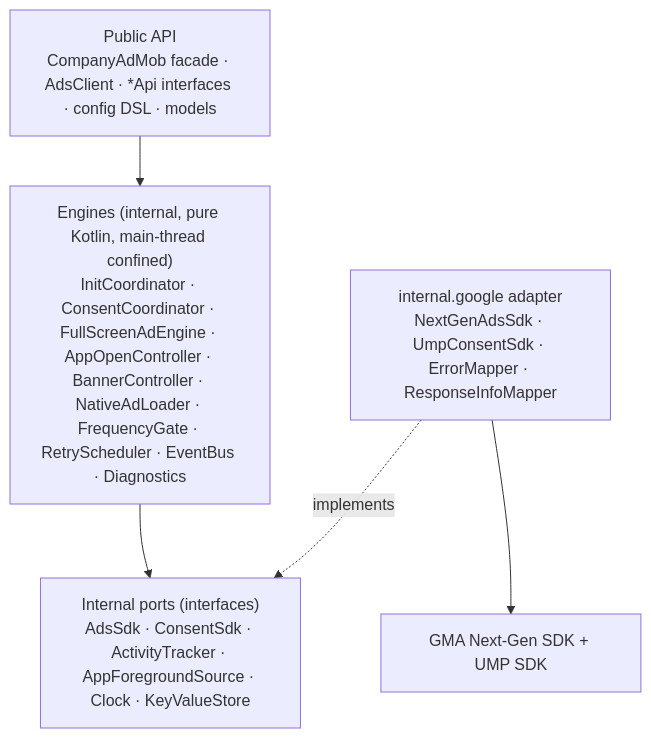
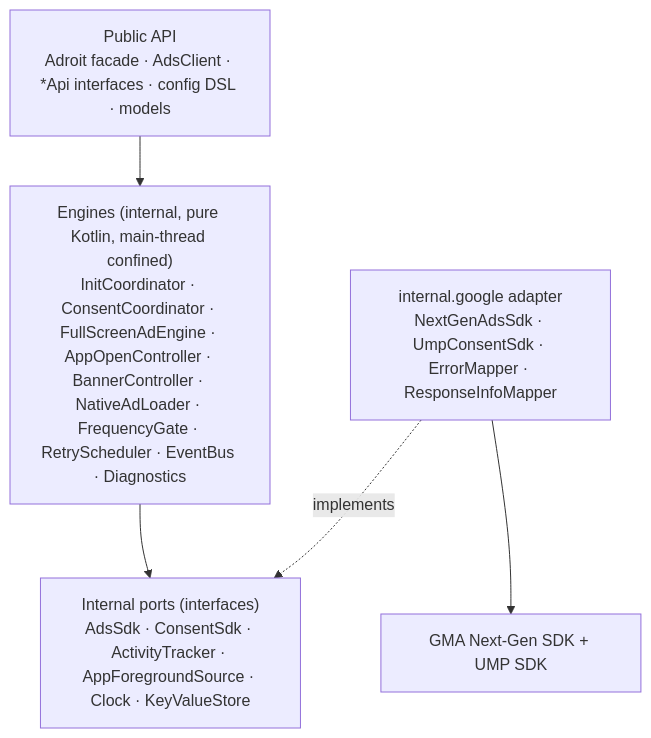
One commit to TheSobiaAkbar/Adroit changed the second of 7 diagrams in docs/architecture/02_ARCHITECTURE.md. Above: the diagram before and after it, drawn with Mermaid. The commit also changed other lines of this file and 947 other files, not shown here.

````diff
--- a/docs/architecture/02_ARCHITECTURE.md
+++ b/docs/architecture/02_ARCHITECTURE.md
@@ -126,11 +125,11 @@
 ```mermaid
 graph TD
-  API["Public API<br/>CompanyAdMob facade · AdsClient · *Api interfaces · config DSL · models"]
+  API["Public API<br/>Adroit facade · AdsClient · *Api interfaces · config DSL · models"]
   ENG["Engines (internal, pure Kotlin, main-thread confined)<br/>InitCoordinator · ConsentCoordinator · FullScreenAdEngine · AppOpenController · BannerController · NativeAdLoader · FrequencyGate · RetryScheduler · EventBus · Diagnostics"]
   PORTS["Internal ports (interfaces)<br/>AdsSdk · ConsentSdk · ActivityTracker · AppForegroundSource · Clock · KeyValueStore"]
   GOOGLE["internal.google adapter<br/>NextGenAdsSdk · UmpConsentSdk · ErrorMapper · ResponseInfoMapper"]
   SDK["GMA Next-Gen SDK + UMP SDK"]
   API --> ENG --> PORTS
   GOOGLE -. implements .-> PORTS
   GOOGLE --> SDK
 ```
````
